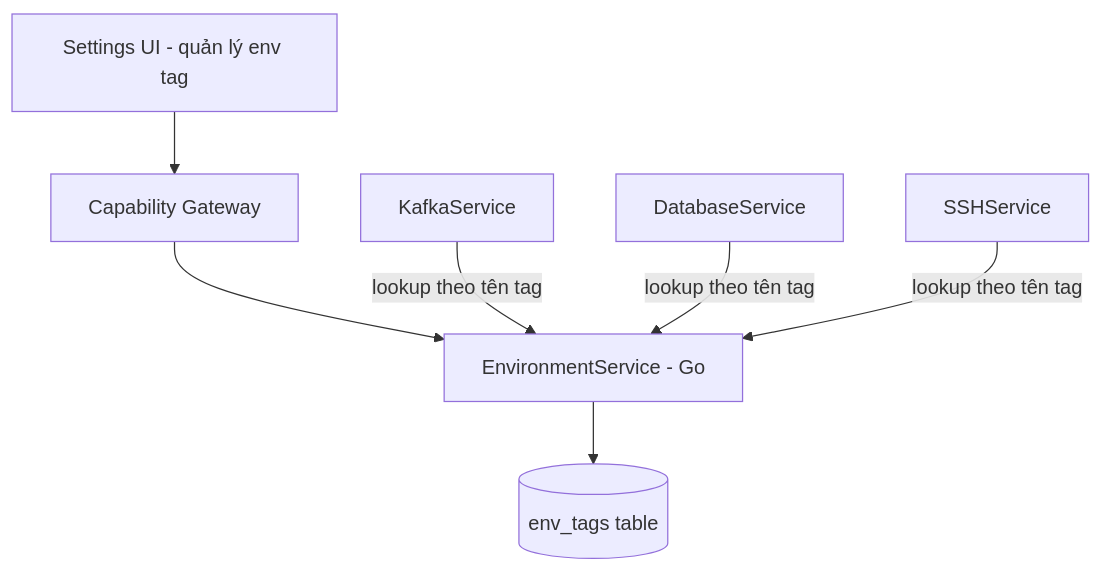
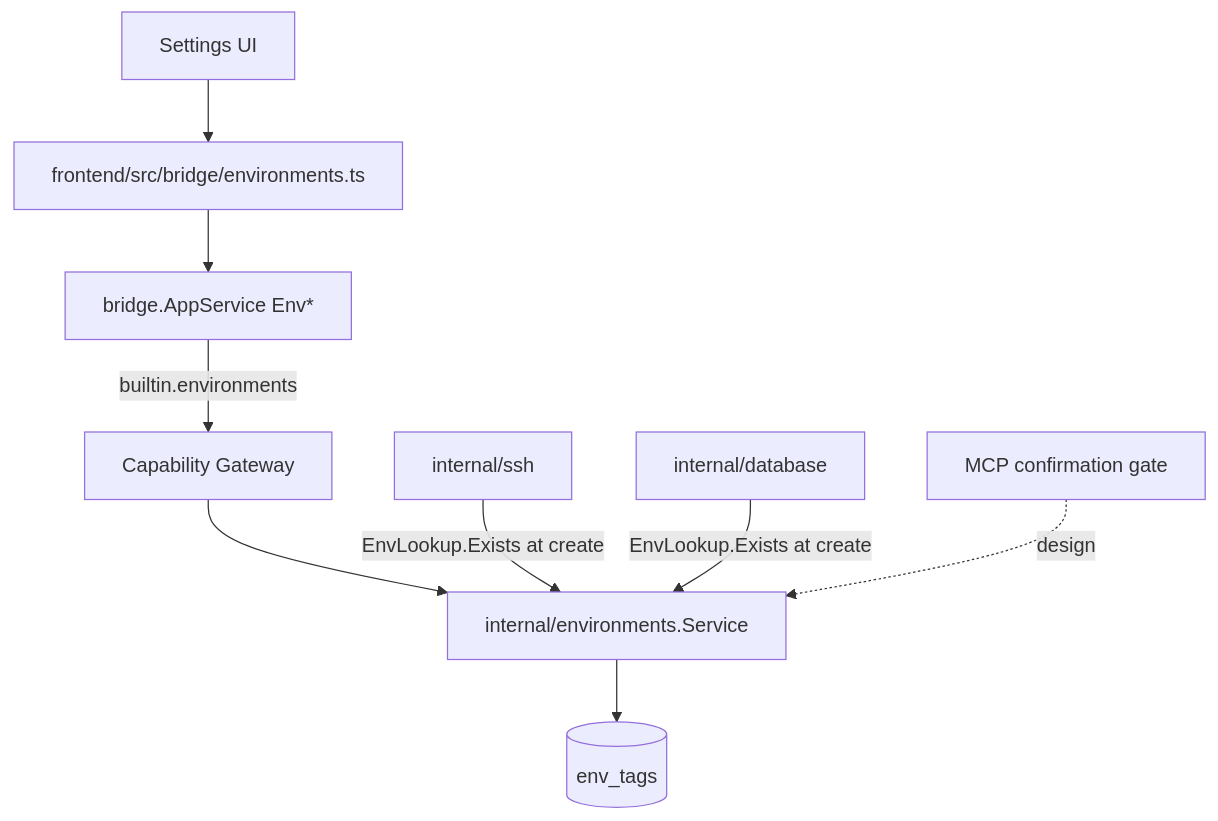
Before and after one commit to syurodev/base: the diagram in content/projects/dev-kit/environments.mdx, drawn with Mermaid. The commit also changed other lines of this file and 6 other files, not shown here.

First line of the commit message:
docs(dev-kit): sync Environments/SSH/DB with env-tag runtime

````diff
--- a/content/projects/dev-kit/environments.mdx
+++ b/content/projects/dev-kit/environments.mdx
@@ -16,10 +24,12 @@
 ```mermaid
 flowchart TD
-  SETTINGS[Settings UI - quản lý env tag] --> GW[Capability Gateway]
-  GW --> SVC[EnvironmentService - Go]
-  SVC --> DB[(env_tags table)]
+  SETTINGS[Settings UI] --> BR[frontend/src/bridge/environments.ts]
+  BR --> AS[bridge.AppService Env*]
+  AS -->|builtin.environments| GW[Capability Gateway]
+  GW --> SVC[internal/environments.Service]
+  SVC --> DB[(env_tags)]
 
-  KSVC[KafkaService] -->|lookup theo tên tag| SVC
-  DSVC[DatabaseService] -->|lookup theo tên tag| SVC
-  SSVC[SSHService] -->|lookup theo tên tag| SVC
+  SSH[internal/ssh] -->|EnvLookup.Exists at create| SVC
+  DBMOD[internal/database] -->|EnvLookup.Exists at create| SVC
+  MCP[MCP confirmation gate] -.->|design| SVC
 ```
````
